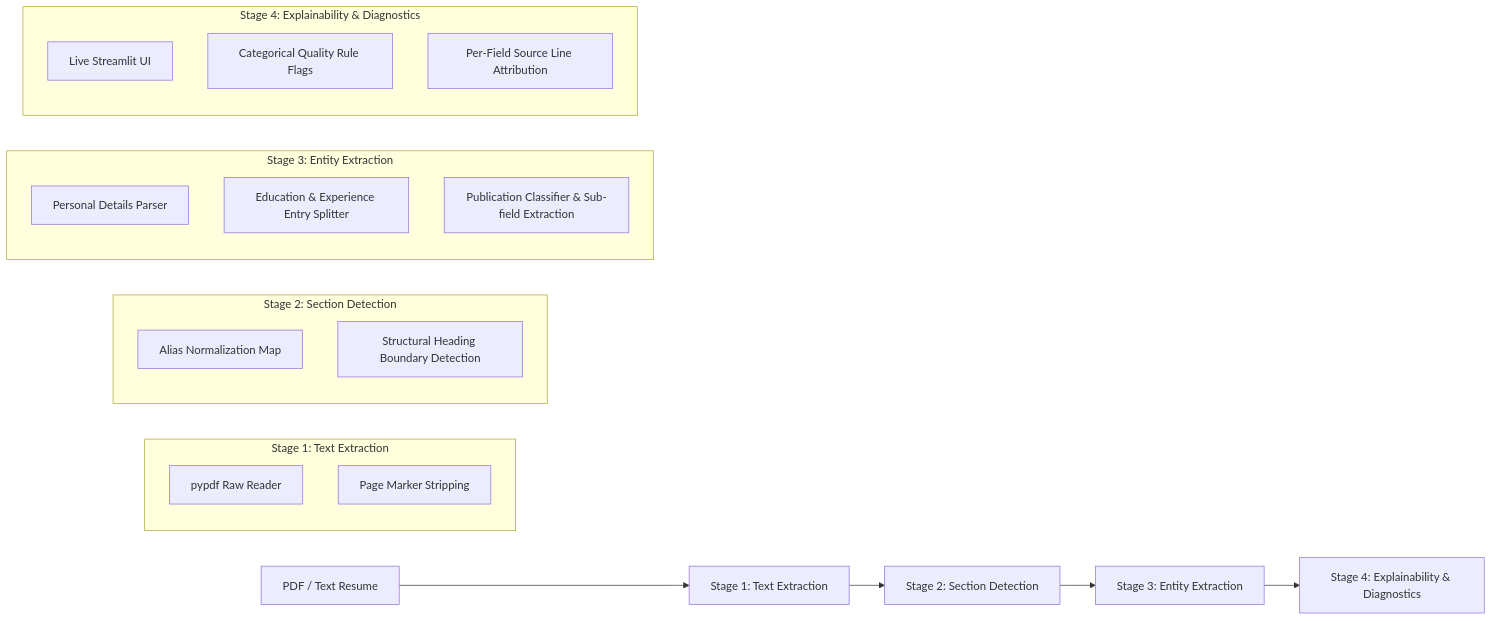
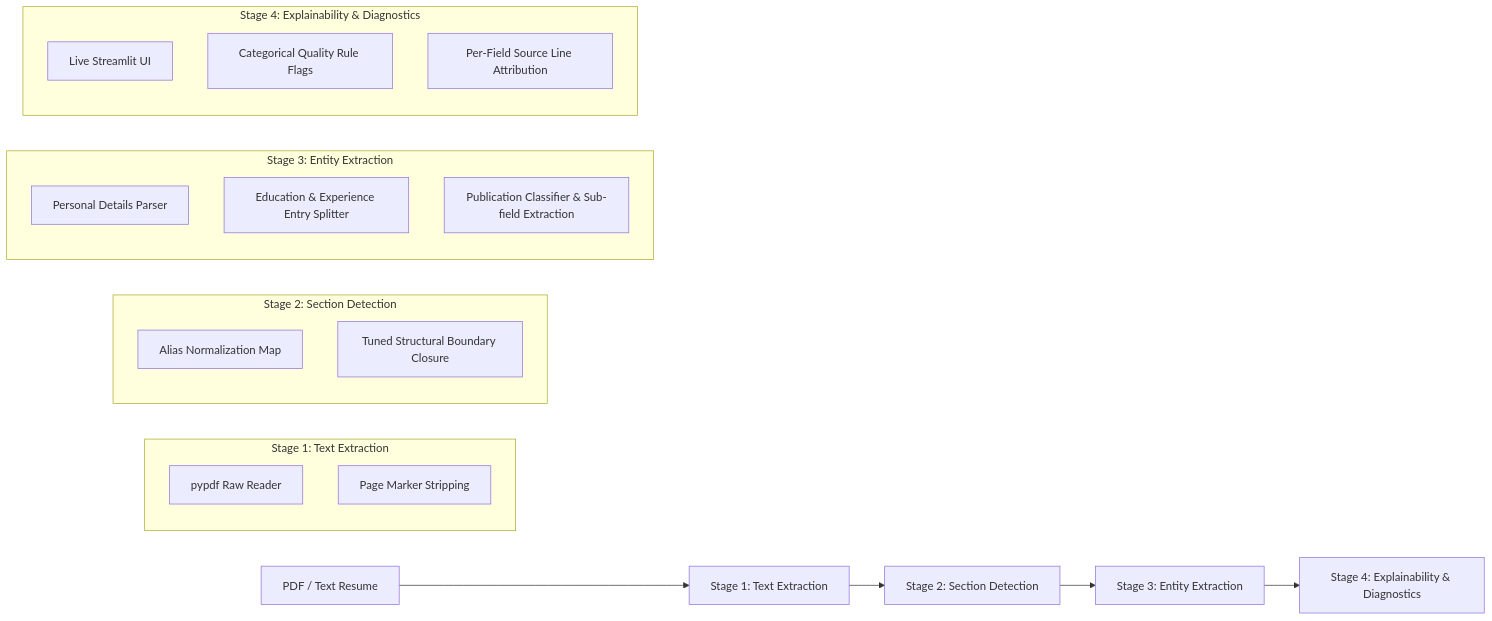
One commit to shrey-sp4/NLU-Based-Resume-Information-Extraction-and-Recruitment-System changed the diagram in README.md. Above: the diagram before and after it, drawn with Mermaid. The commit also changed other lines of this file and 42 other files, not shown here.

Commit message:
Tune structural heading detection to prevent aggressive section closure and recover 71.01% macro F1

````diff
--- a/README.md
+++ b/README.md
@@ -11,29 +11,29 @@
 ```mermaid
 flowchart LR
     A[PDF / Text Resume] --> B[Stage 1: Text Extraction]
     B --> C[Stage 2: Section Detection]
     C --> D[Stage 3: Entity Extraction]
     D --> E[Stage 4: Explainability & Diagnostics]
 
     subgraph Stage 1: Text Extraction
     B1[pypdf Raw Reader]
     B2[Page Marker Stripping]
     end
 
     subgraph Stage 2: Section Detection
     C1[Alias Normalization Map]
-    C2[Structural Heading Boundary Detection]
+    C2[Tuned Structural Boundary Closure]
     end
 
     subgraph Stage 3: Entity Extraction
     D1[Personal Details Parser]
     D2[Education & Experience Entry Splitter]
     D3[Publication Classifier & Sub-field Extraction]
     end
 
     subgraph Stage 4: Explainability & Diagnostics
     E1[Live Streamlit UI]
     E2[Categorical Quality Rule Flags]
     E3[Per-Field Source Line Attribution]
     end
 ```
````
